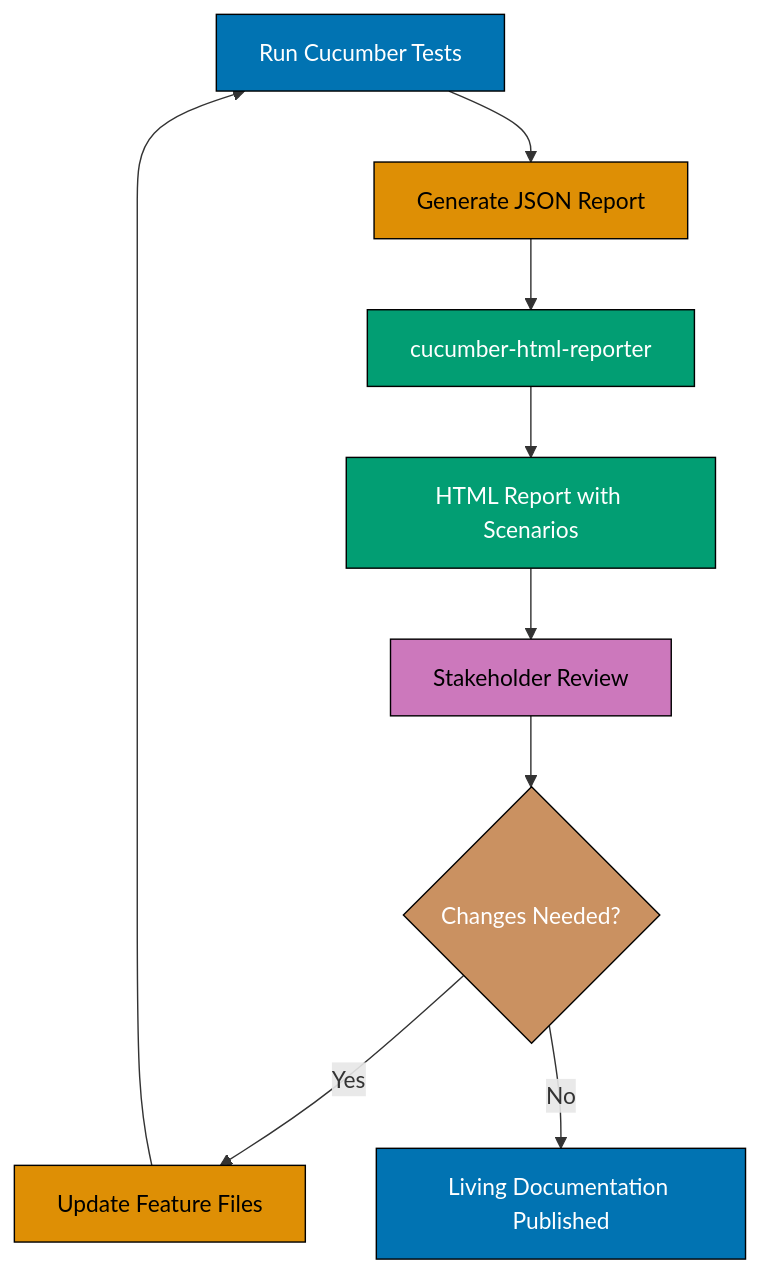
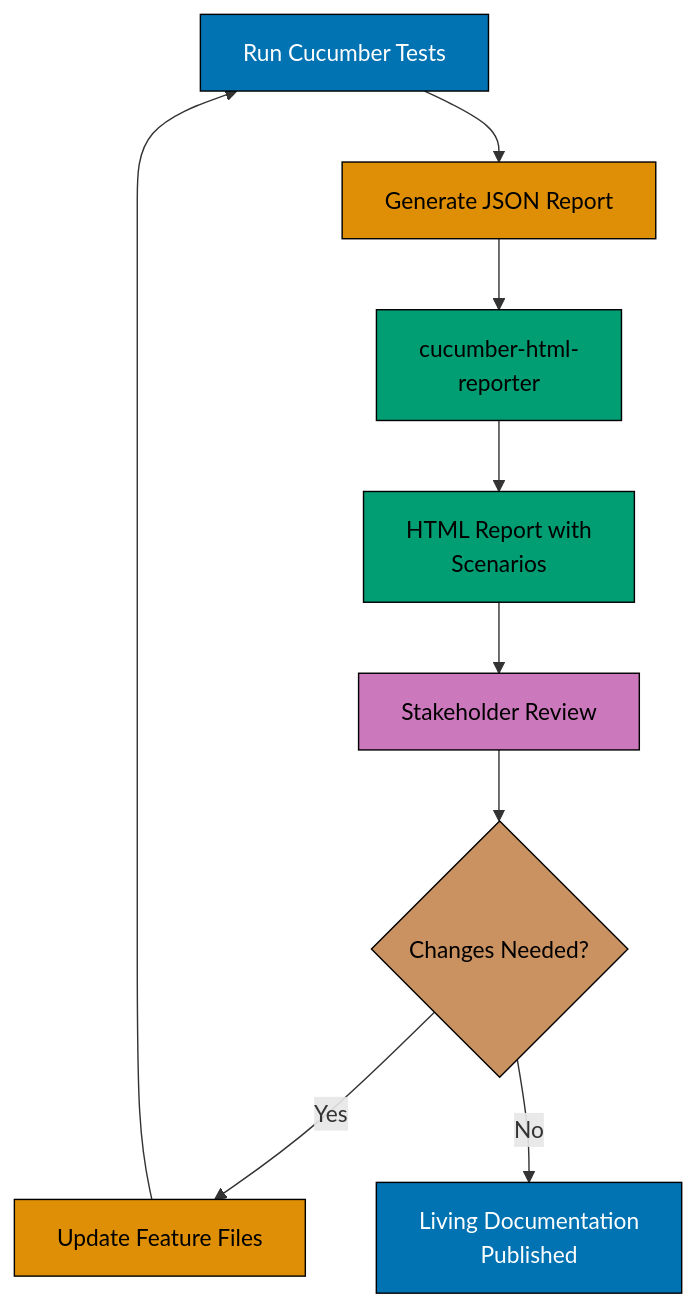
One commit to wahidyankf/ose-public changed the sixth of 9 diagrams in apps/ayokoding-www/content/en/learn/legacy/software-engineering/development/behavior-driven-development-bdd/by-example/intermediate.md. Above: the diagram before and after it, drawn with Mermaid. The commit also changed other lines of this file and 78 other files, not shown here.

First line of the commit message:
fix(mermaid): bring the remaining legacy software-engineering diagrams onto the accessible palette

````diff
--- a/apps/ayokoding-www/content/en/learn/legacy/software-engineering/development/behavior-driven-development-bdd/by-example/intermediate.md
+++ b/apps/ayokoding-www/content/en/learn/legacy/software-engineering/development/behavior-driven-development-bdd/by-example/intermediate.md
@@ -2639,21 +2665,29 @@
 ```mermaid
 %% Color Palette: Blue #0173B2, Orange #DE8F05, Teal #029E73, Purple #CC78BC, Brown #CA9161
 graph TD
+    accTitle: Diagram
+    accDescr: Graph with 8 nodes and 8 connections. Nodes: Run Cucumber Tests, Generate JSON Report, cucumber-html- reporter, HTML Report with Scenarios, Stakeholder Review, Changes Needed?, Update Feature Files, Living Documentation Published. Connections: Run Cucumber Tests to Generate JSON Report, Generate JSON Report to cucumber-html- reporter, cucumber-html- reporter to HTML Report with Scenarios, HTML Report with Scenarios to Stakeholder Review, Stakeholder Review to Changes Needed?, Changes Needed? to Update Feature Files (Yes), Update Feature Files to Run Cucumber Tests, Changes Needed? to Living Documentation Published (No).
     A[Run Cucumber Tests] --> B[Generate JSON Report]
-    B --> C[cucumber-html-reporter]
-    C --> D[HTML Report with Scenarios]
+    B --> C[cucumber-html-<br/>reporter]
+    C --> D[HTML Report with<br/>Scenarios]
     D --> E[Stakeholder Review]
     E --> F{Changes Needed?}
     F -->|Yes| G[Update Feature Files]
     G --> A
-    F -->|No| H[Living Documentation Published]
+    F -->|No| H[Living Documentation<br/>Published]
 
-    style A fill:#0173B2,stroke:#000,color:#fff
-    style B fill:#DE8F05,stroke:#000,color:#000
-    style C fill:#029E73,stroke:#000,color:#fff
-    style D fill:#029E73,stroke:#000,color:#fff
-    style E fill:#CC78BC,stroke:#000,color:#000
-    style F fill:#CA9161,stroke:#000,color:#fff
-    style G fill:#DE8F05,stroke:#000,color:#000
-    style H fill:#0173B2,stroke:#000,color:#fff
+    classDef pal-0173B2 fill:#0173B2,stroke:#000000,color:#FFFFFF
+    class A pal-0173B2
+    classDef pal-DE8F05 fill:#DE8F05,stroke:#000000,color:#000000
+    class B pal-DE8F05
+    classDef pal-029E73 fill:#029E73,stroke:#000000,color:#000000
+    class C pal-029E73
+    class D pal-029E73
+    classDef pal-CC78BC fill:#CC78BC,stroke:#000000,color:#000000
+    class E pal-CC78BC
+    classDef pal-CA9161 fill:#CA9161,stroke:#000000,color:#000000
+    class F pal-CA9161
+    class G pal-DE8F05
+    class H pal-0173B2
+    classDef default fill:#FFFFFF,stroke:#000000,color:#000000
 ```
````
